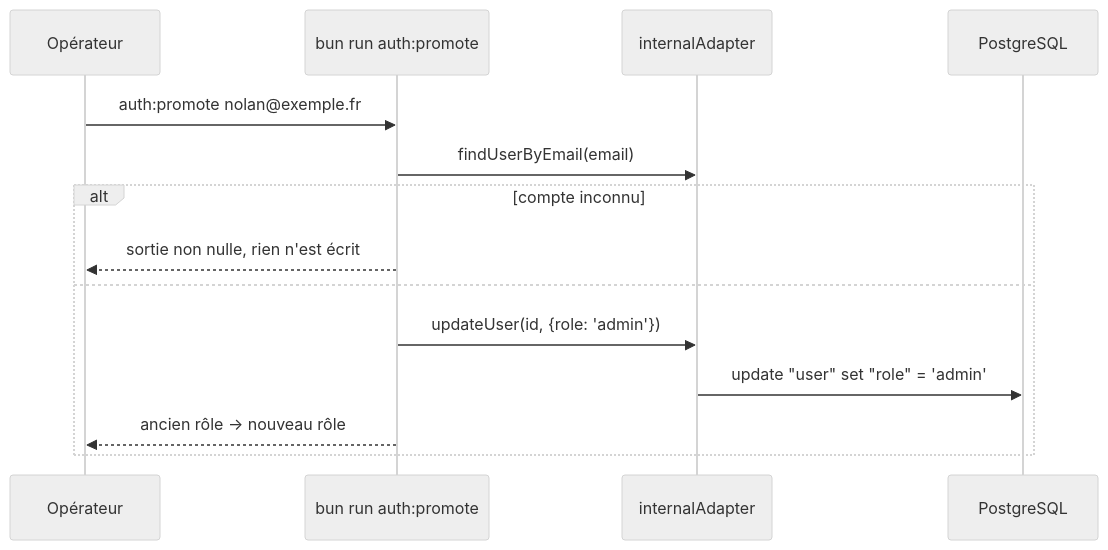
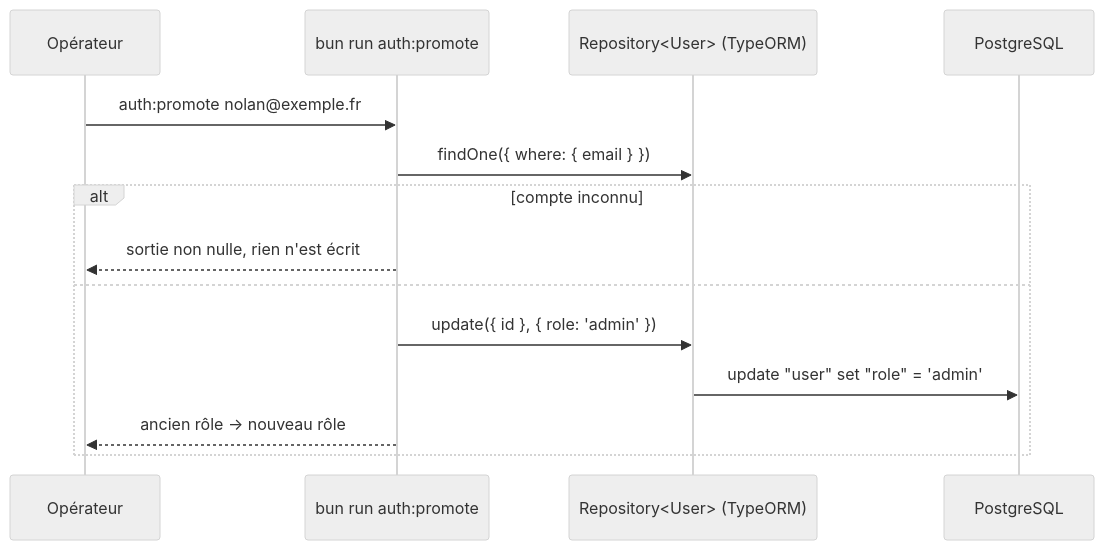
Before and after one commit to Charles-Mahoudeau/survivor-cartepro: the sixth of 7 diagrams in docs/design/authentication.md, drawn with Mermaid (neutral theme). The commit also changed other lines of this file and 1 other file, not shown here.

First line of the commit message:
docs(auth): rewrite the specification for the inverted schema ownership

````diff
--- a/docs/design/authentication.md
+++ b/docs/design/authentication.md
@@ -317,17 +330,17 @@
 ```mermaid
 sequenceDiagram
     participant O as Opérateur
     participant S as bun run auth:promote
-    participant I as internalAdapter
+    participant T as Repository<User> (TypeORM)
     participant D as PostgreSQL
 
     O->>S: auth:promote nolan@exemple.fr
-    S->>I: findUserByEmail(email)
+    S->>T: findOne({ where: { email } })
     alt compte inconnu
         S-->>O: sortie non nulle, rien n'est écrit
     else
-        S->>I: updateUser(id, {role: 'admin'})
-        I->>D: update "user" set "role" = 'admin'
+        S->>T: update({ id }, { role: 'admin' })
+        T->>D: update "user" set "role" = 'admin'
         S-->>O: ancien rôle -> nouveau rôle
     end
 ```
````
